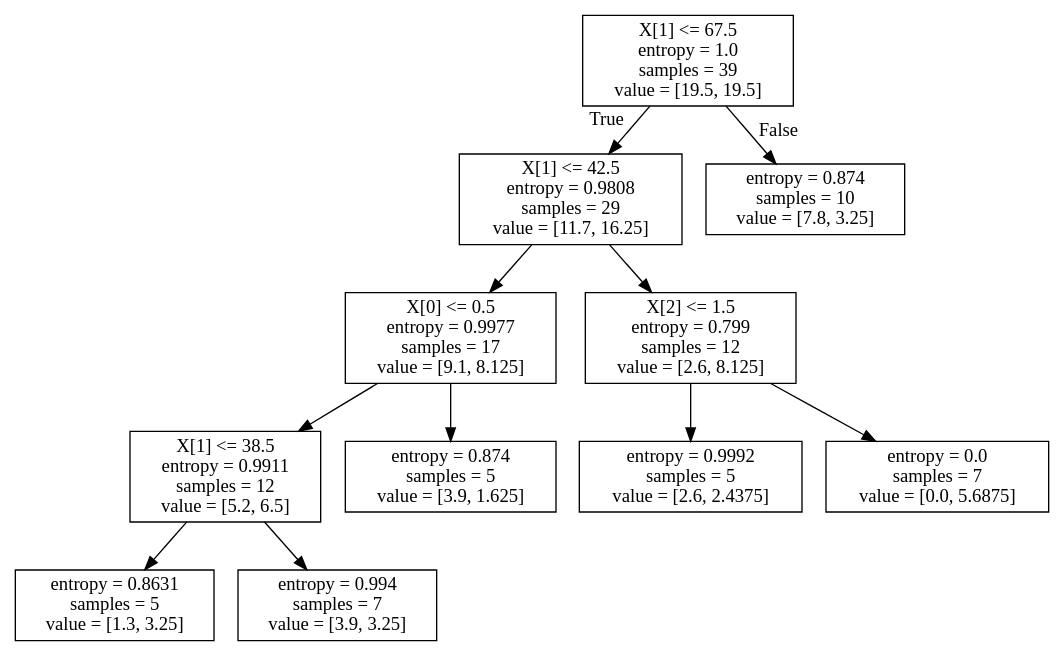
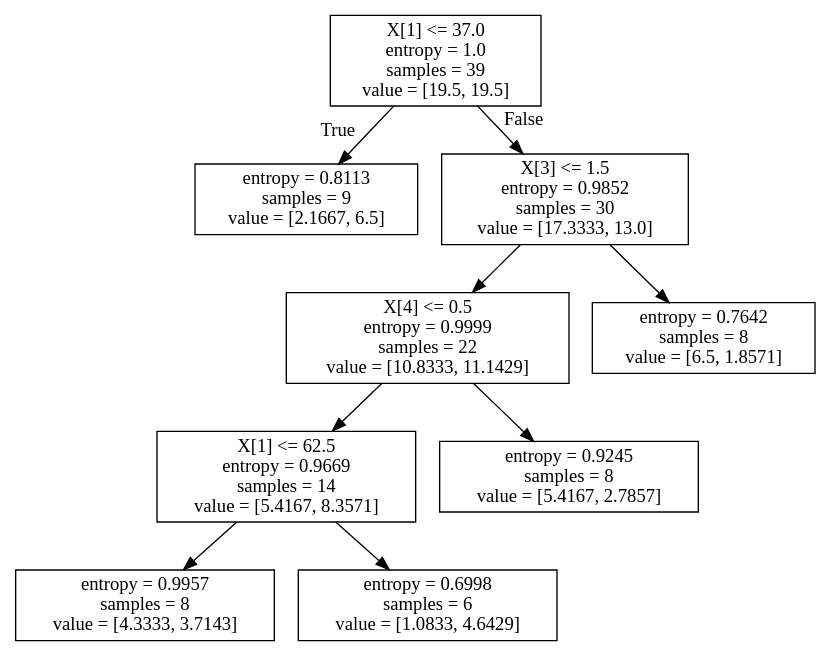
One commit to DeepinSC/Machine_learning-Countryside changed the diagram in iris.dot. Above: the diagram before and after it, drawn with Graphviz.

```diff
--- a/iris.dot
+++ b/iris.dot
@@ -1,24 +1,20 @@
 digraph Tree {
 node [shape=box] ;
-0 [label="X[1] <= 67.5\nentropy = 1.0\nsamples = 39\nvalue = [19.5, 19.5]"] ;
-1 [label="X[1] <= 42.5\nentropy = 0.9808\nsamples = 29\nvalue = [11.7, 16.25]"] ;
+0 [label="X[1] <= 37.0\nentropy = 1.0\nsamples = 39\nvalue = [19.5, 19.5]"] ;
+1 [label="entropy = 0.8113\nsamples = 9\nvalue = [2.1667, 6.5]"] ;
 0 -> 1 [labeldistance=2.5, labelangle=45, headlabel="True"] ;
-2 [label="X[0] <= 0.5\nentropy = 0.9977\nsamples = 17\nvalue = [9.1, 8.125]"] ;
-1 -> 2 ;
-3 [label="X[1] <= 38.5\nentropy = 0.9911\nsamples = 12\nvalue = [5.2, 6.5]"] ;
+2 [label="X[3] <= 1.5\nentropy = 0.9852\nsamples = 30\nvalue = [17.3333, 13.0]"] ;
+0 -> 2 [labeldistance=2.5, labelangle=-45, headlabel="False"] ;
+3 [label="X[4] <= 0.5\nentropy = 0.9999\nsamples = 22\nvalue = [10.8333, 11.1429]"] ;
 2 -> 3 ;
-4 [label="entropy = 0.8631\nsamples = 5\nvalue = [1.3, 3.25]"] ;
+4 [label="X[1] <= 62.5\nentropy = 0.9669\nsamples = 14\nvalue = [5.4167, 8.3571]"] ;
 3 -> 4 ;
-5 [label="entropy = 0.994\nsamples = 7\nvalue = [3.9, 3.25]"] ;
-3 -> 5 ;
-6 [label="entropy = 0.874\nsamples = 5\nvalue = [3.9, 1.625]"] ;
-2 -> 6 ;
-7 [label="X[2] <= 1.5\nentropy = 0.799\nsamples = 12\nvalue = [2.6, 8.125]"] ;
-1 -> 7 ;
-8 [label="entropy = 0.9992\nsamples = 5\nvalue = [2.6, 2.4375]"] ;
-7 -> 8 ;
-9 [label="entropy = 0.0\nsamples = 7\nvalue = [0.0, 5.6875]"] ;
-7 -> 9 ;
-10 [label="entropy = 0.874\nsamples = 10\nvalue = [7.8, 3.25]"] ;
-0 -> 10 [labeldistance=2.5, labelangle=-45, headlabel="False"] ;
+5 [label="entropy = 0.9957\nsamples = 8\nvalue = [4.3333, 3.7143]"] ;
+4 -> 5 ;
+6 [label="entropy = 0.6998\nsamples = 6\nvalue = [1.0833, 4.6429]"] ;
+4 -> 6 ;
+7 [label="entropy = 0.9245\nsamples = 8\nvalue = [5.4167, 2.7857]"] ;
+3 -> 7 ;
+8 [label="entropy = 0.7642\nsamples = 8\nvalue = [6.5, 1.8571]"] ;
+2 -> 8 ;
 }
```
